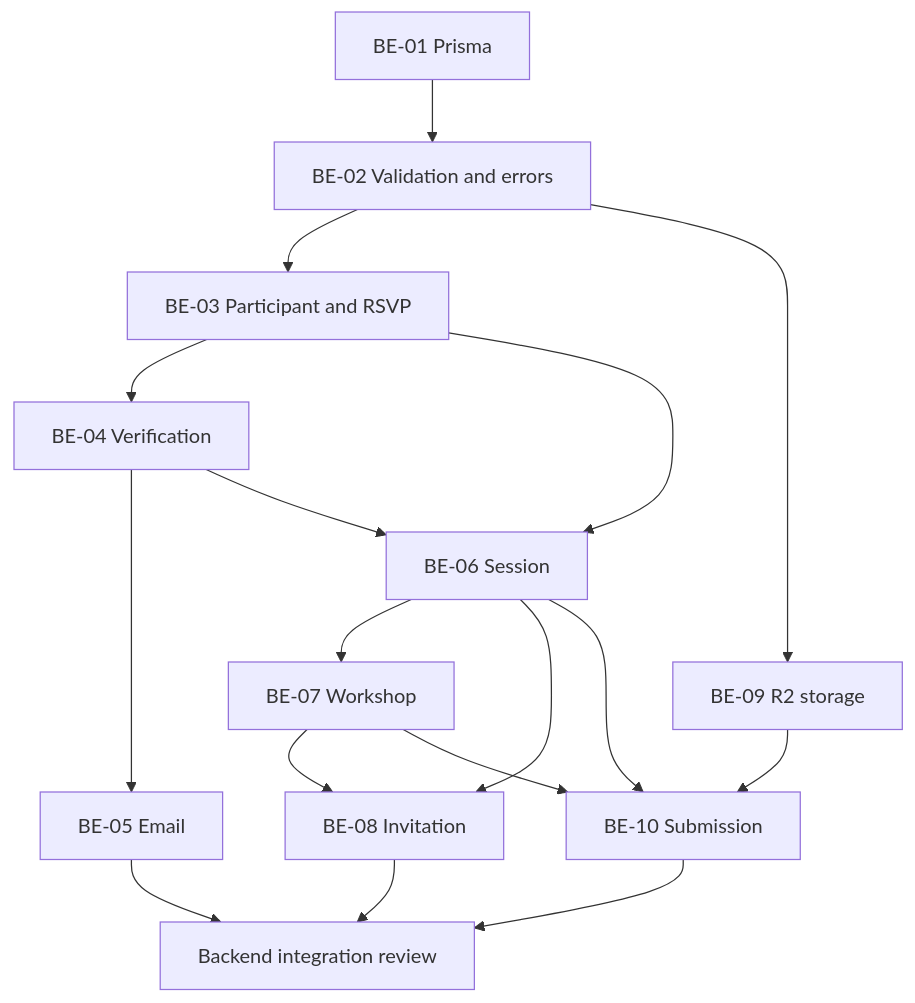
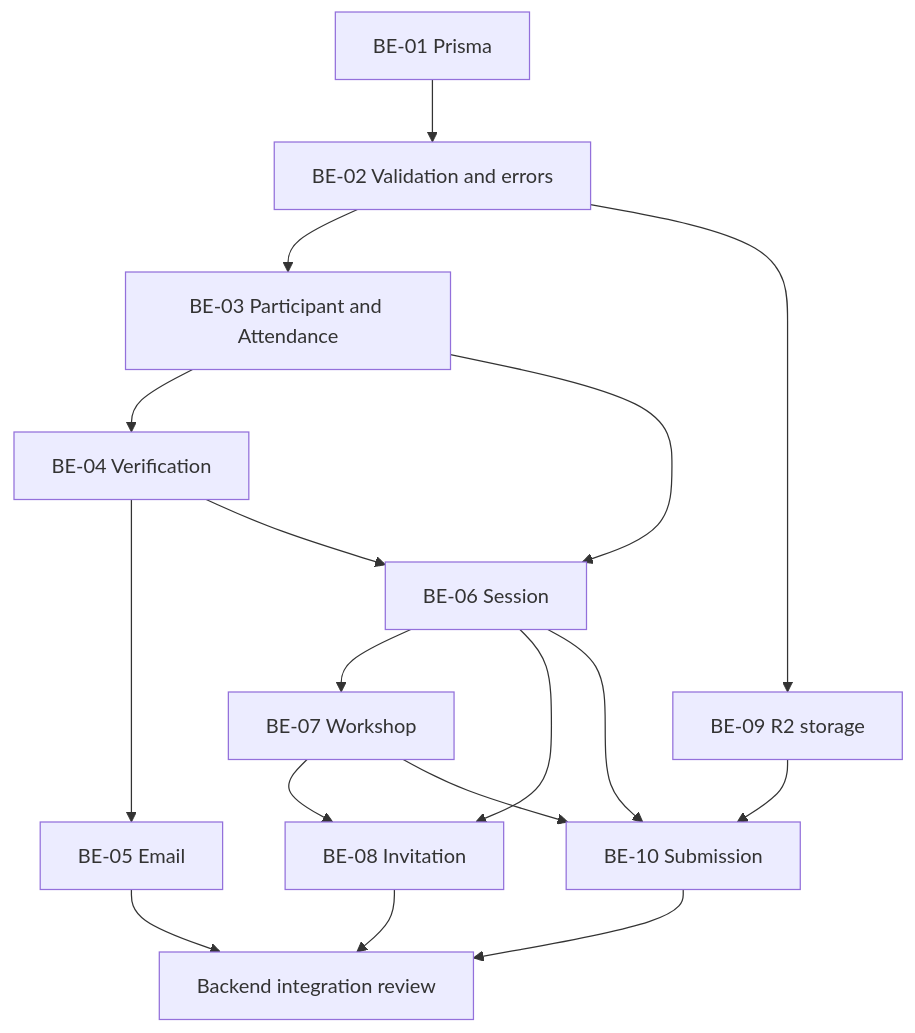
One commit to Website-AKSANG-SPARTA-2025/website-AkSang-SPARTA-2025 changed the fourth of 4 diagrams in docs/backend/README.md. Above: the diagram before and after it, drawn with Mermaid. The commit also changed other lines of this file and 11 other files, not shown here.

````diff
--- a/docs/backend/README.md
+++ b/docs/backend/README.md
@@ -369,19 +371,19 @@
 ```mermaid
 flowchart TD
     be01["BE-01 Prisma"] --> be02["BE-02 Validation and errors"]
-    be02 --> be03["BE-03 Participant and RSVP"]
+    be02 --> be03["BE-03 Participant and Attendance"]
     be03 --> be04["BE-04 Verification"]
     be04 --> be05["BE-05 Email"]
     be03 --> be06["BE-06 Session"]
     be04 --> be06
     be06 --> be07["BE-07 Workshop"]
     be06 --> be08["BE-08 Invitation"]
     be07 --> be08["BE-08 Invitation"]
     be02 --> be09["BE-09 R2 storage"]
     be06 --> be10["BE-10 Submission"]
     be07 --> be10
     be09 --> be10["BE-10 Submission"]
     be05 --> review["Backend integration review"]
     be08 --> review
     be10 --> review
 ```
````
